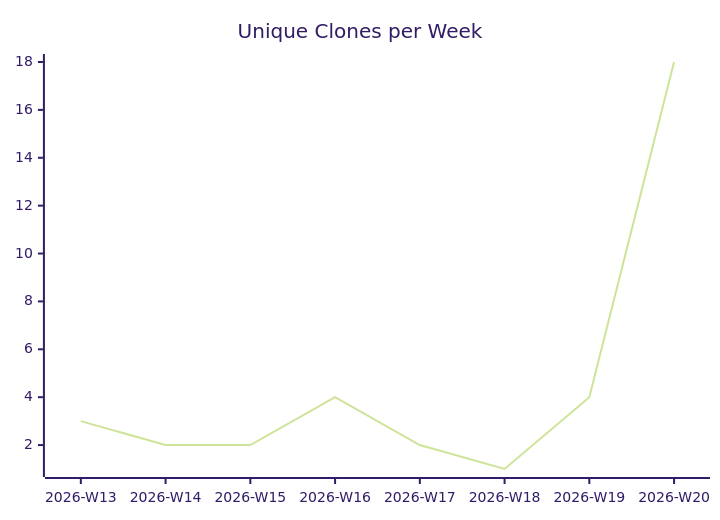
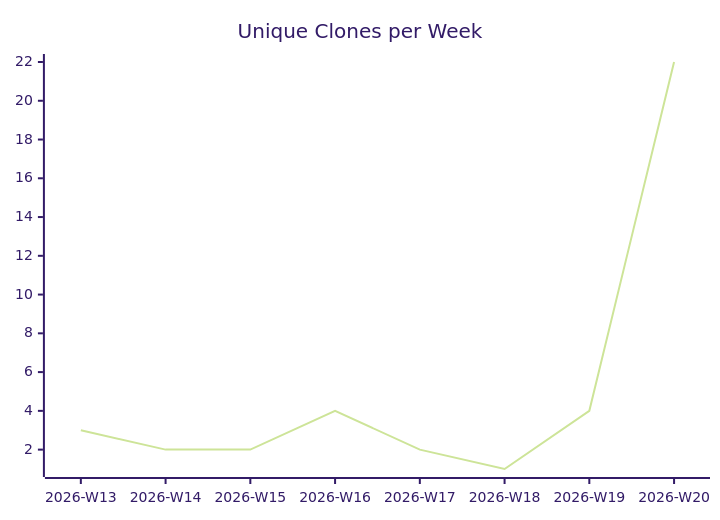
One commit to justdavis-family/github-analytics-data changed the third of 3 diagrams in karlmdavis/ansible-role-rcm-dotfiles/README.md. Above: the diagram before and after it, drawn with Mermaid (forest theme). The commit also changed other lines of this file and 192 other files, not shown here.

````diff
--- a/karlmdavis/ansible-role-rcm-dotfiles/README.md
+++ b/karlmdavis/ansible-role-rcm-dotfiles/README.md
@@ -19,6 +19,6 @@
 ```mermaid
 xychart-beta
   title "Unique Clones per Week"
   x-axis ["2026-W13", "2026-W14", "2026-W15", "2026-W16", "2026-W17", "2026-W18", "2026-W19", "2026-W20"]
-  line [3, 2, 2, 4, 2, 1, 4, 18]
+  line [3, 2, 2, 4, 2, 1, 4, 22]
 ```
````
